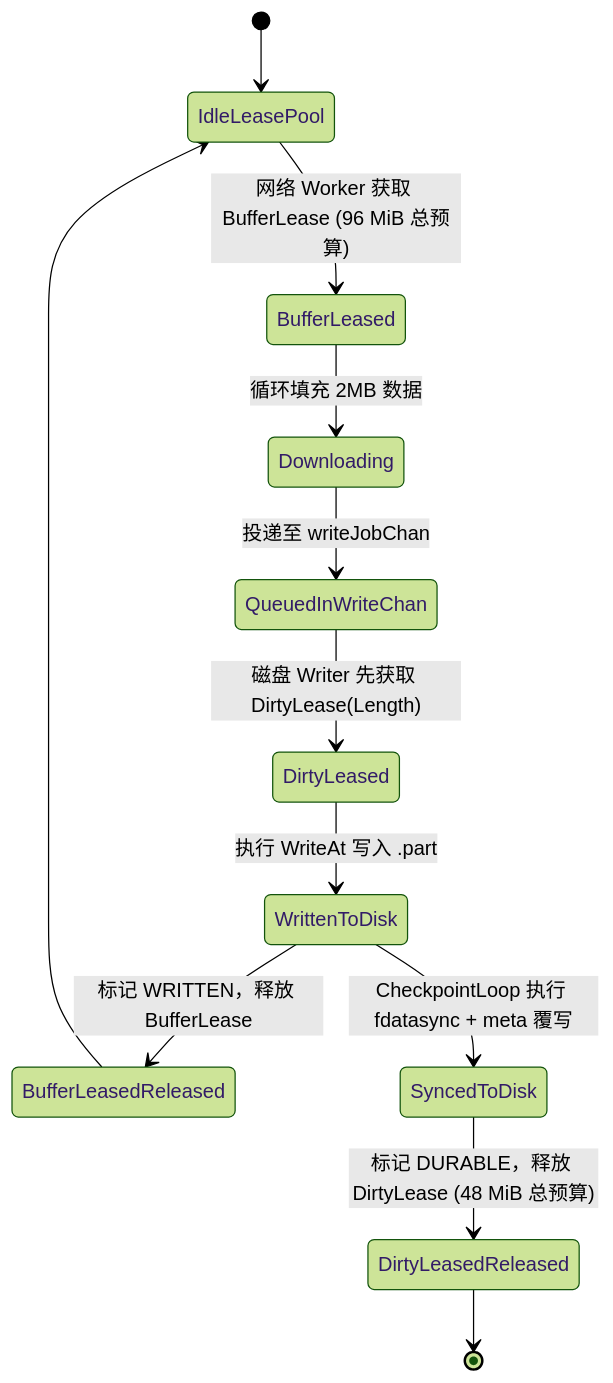
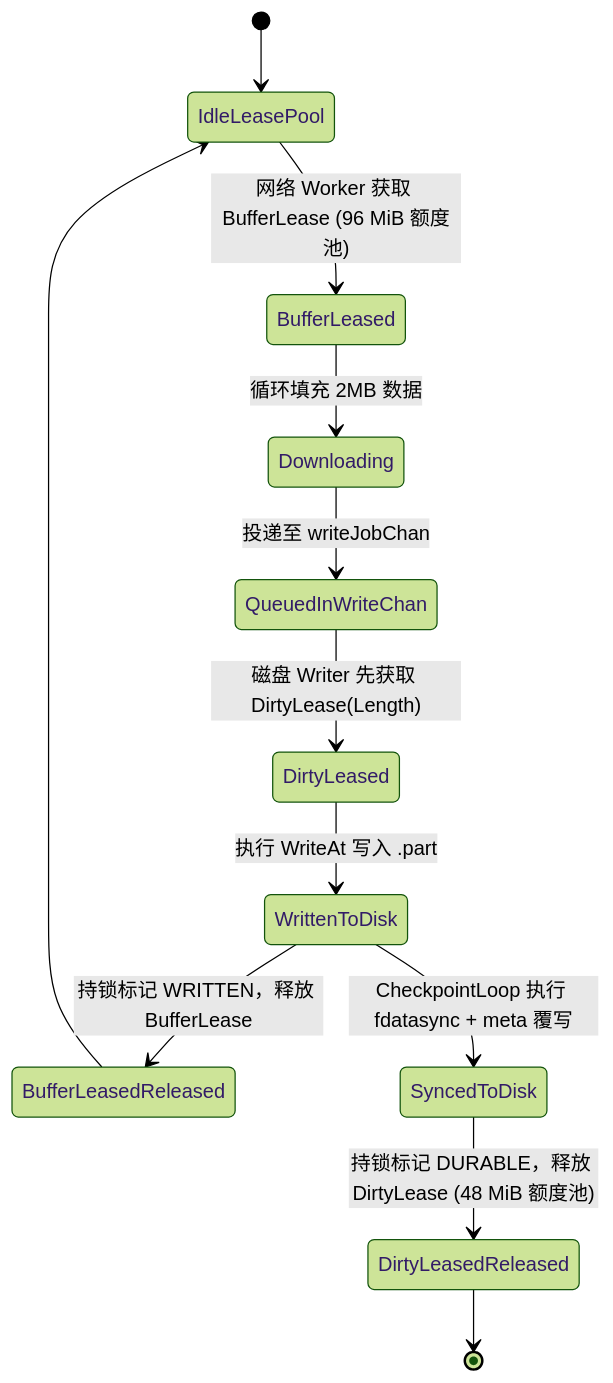
One commit to Hittlert/TGX changed the second of 4 diagrams in docs/STREAMING_BLOCK_ENGINE_DESIGN.md. Above: the diagram before and after it, drawn with Mermaid (forest theme). The commit also changed other lines of this file, not shown here.

Commit message:
docs: finalize master architecture spec with strict binary alignments, single-writer CheckpointLoop, and decoupled DialerProvider

````diff
--- a/docs/STREAMING_BLOCK_ENGINE_DESIGN.md
+++ b/docs/STREAMING_BLOCK_ENGINE_DESIGN.md
@@ -141,14 +152,14 @@
 ```mermaid
 stateDiagram-v2
     [*] --> IdleLeasePool
-    IdleLeasePool --> BufferLeased: 网络 Worker 获取 BufferLease (96 MiB 总预算)
+    IdleLeasePool --> BufferLeased: 网络 Worker 获取 BufferLease (96 MiB 额度池)
     BufferLeased --> Downloading: 循环填充 2MB 数据
     Downloading --> QueuedInWriteChan: 投递至 writeJobChan
     QueuedInWriteChan --> DirtyLeased: 磁盘 Writer 先获取 DirtyLease(Length)
     DirtyLeased --> WrittenToDisk: 执行 WriteAt 写入 .part
-    WrittenToDisk --> BufferLeasedReleased: 标记 WRITTEN，释放 BufferLease
+    WrittenToDisk --> BufferLeasedReleased: 持锁标记 WRITTEN，释放 BufferLease
     BufferLeasedReleased --> IdleLeasePool
     WrittenToDisk --> SyncedToDisk: CheckpointLoop 执行 fdatasync + meta 覆写
-    SyncedToDisk --> DirtyLeasedReleased: 标记 DURABLE，释放 DirtyLease (48 MiB 总预算)
+    SyncedToDisk --> DirtyLeasedReleased: 持锁标记 DURABLE，释放 DirtyLease (48 MiB 额度池)
     DirtyLeasedReleased --> [*]
 ```
````
